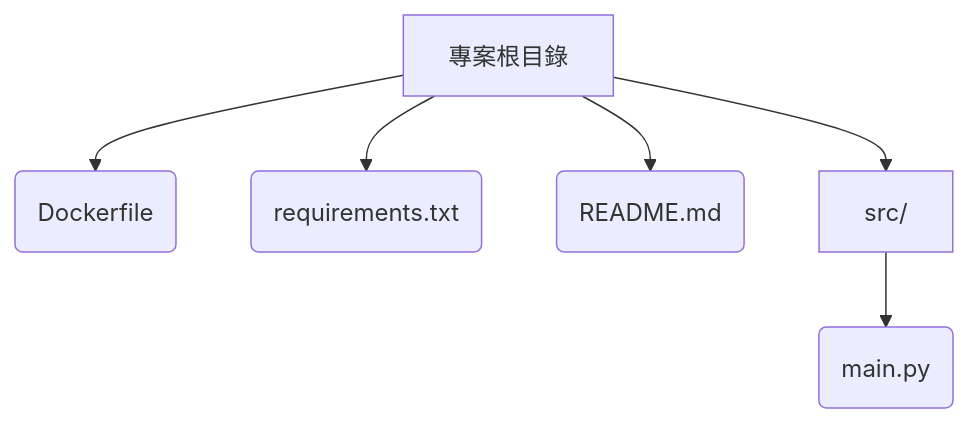
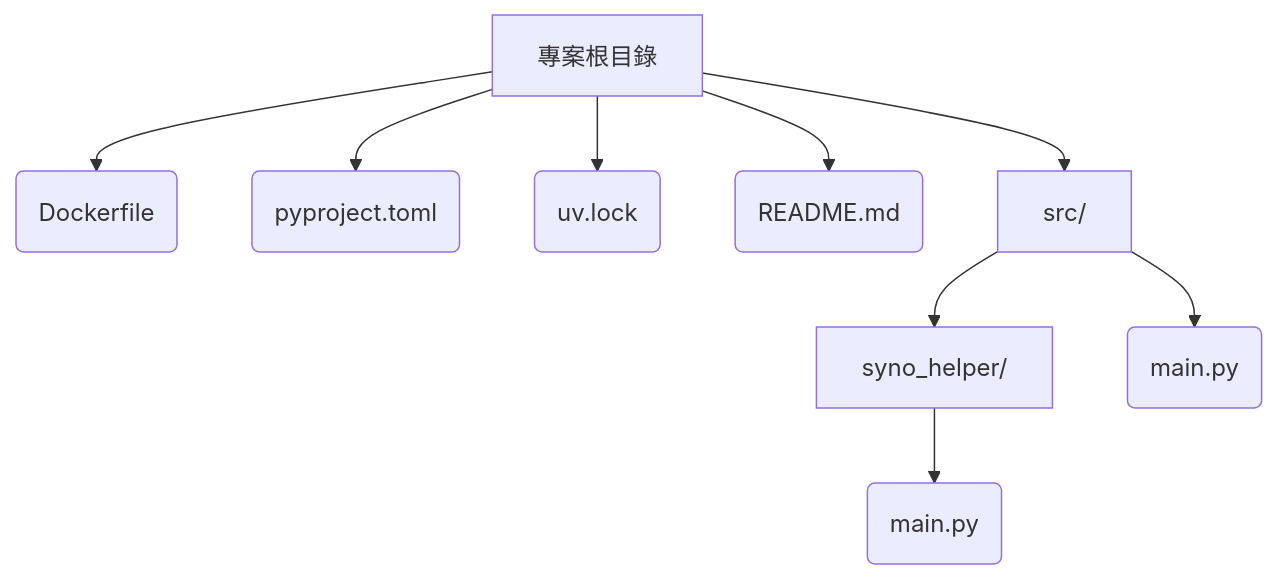
One commit to shuangrain/syno-helper changed the diagram in README.md. Above: the diagram before and after it, drawn with Mermaid. The commit also changed other lines of this file and 8 other files, not shown here.

````diff
--- a/README.md
+++ b/README.md
@@ -44,8 +50,11 @@
 ```mermaid
 graph TD
     A[專案根目錄] --> B(Dockerfile)
-    A --> C(requirements.txt)
-    A --> D(README.md)
-    A --> E[src/]
-    E --> F(main.py)
+    A --> C(pyproject.toml)
+    A --> D(uv.lock)
+    A --> E(README.md)
+    A --> F[src/]
+    F --> G[syno_helper/]
+    G --> H(main.py)
+    F --> I(main.py)
 ```
````
